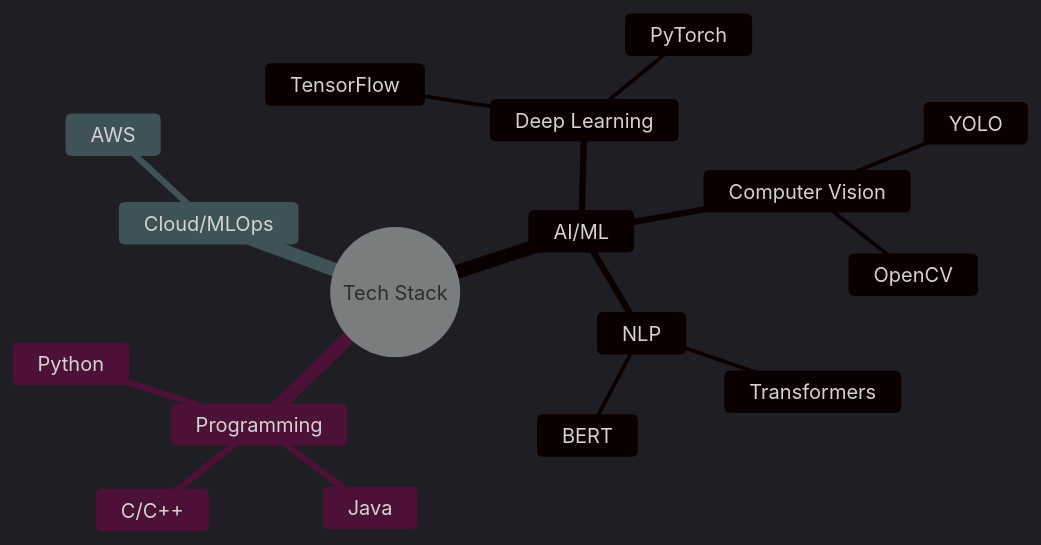
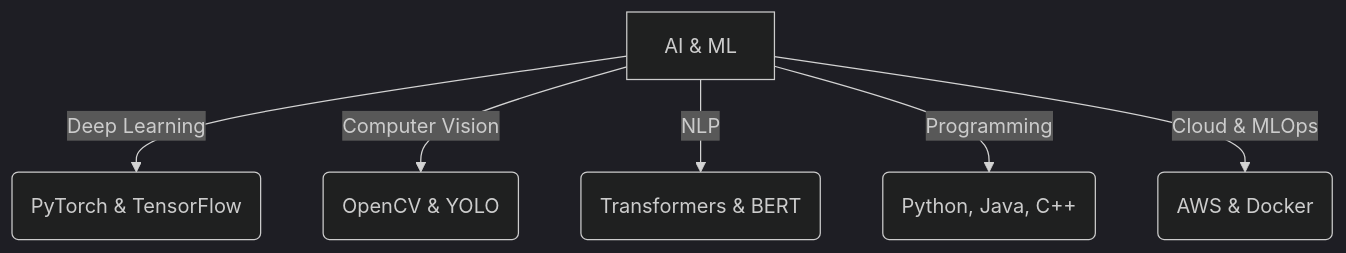
One commit to ganesha360/ganesha360 changed the first of 4 diagrams in README.md. Above: the diagram before and after it, drawn with Mermaid (dark theme). The commit also changed other lines of this file, not shown here.

````diff
--- a/README.md
+++ b/README.md
@@ -29,20 +27,8 @@
 ```mermaid
-mindmap
-  root((Tech Stack))
-    AI/ML
-      Deep Learning
-        PyTorch
-        TensorFlow
-      Computer Vision
-        OpenCV
-        YOLO
-      NLP
-        Transformers
-        BERT
-    Programming
-      Python
-      Java
-      C/C++
-    Cloud/MLOps
-      AWS
+graph TD;
+    A[AI & ML] -->|Deep Learning| B(PyTorch & TensorFlow);
+    A -->|Computer Vision| C(OpenCV & YOLO);
+    A -->|NLP| D(Transformers & BERT);
+    A -->|Programming| E(Python, Java, C++);
+    A -->|Cloud & MLOps| F(AWS & Docker);
 ```
````
